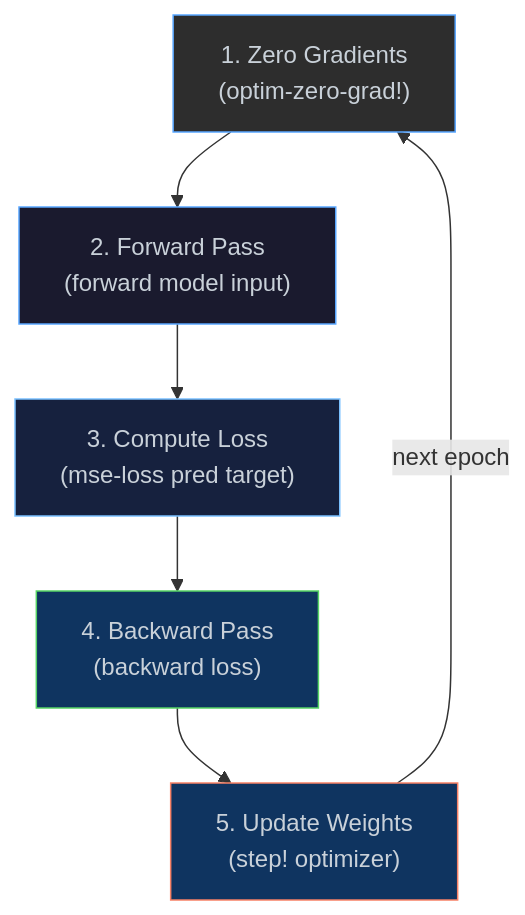
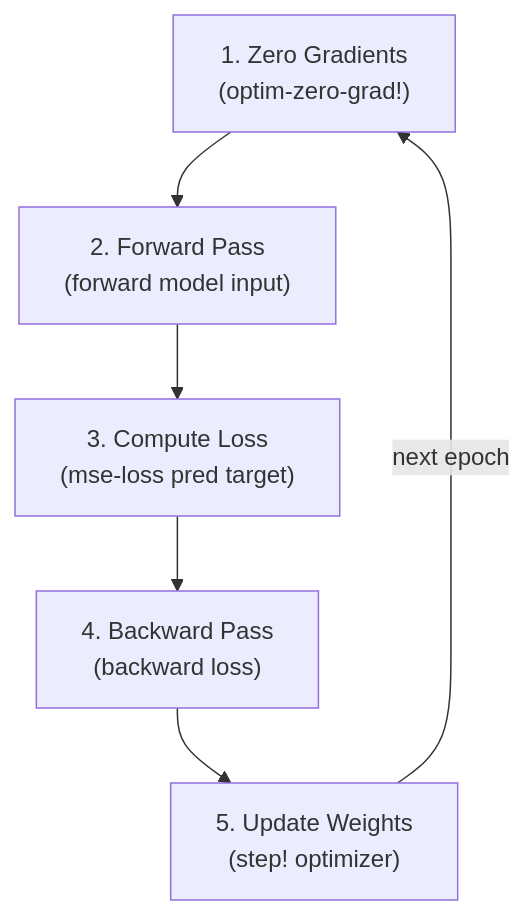
The second of 5 diagrams in docs/guide/reference/torch.md (lewismj/eta), drawn with Mermaid before and after one commit. The commit also changed other lines of this file and 52 other files, not shown here.

````diff
--- a/docs/guide/reference/torch.md
+++ b/docs/guide/reference/torch.md
@@ -65,17 +59,11 @@
 ```mermaid
 flowchart TD
     ZG["1. Zero Gradients\n(optim-zero-grad!)"]
     FW["2. Forward Pass\n(forward model input)"]
     LS["3. Compute Loss\n(mse-loss pred target)"]
     BW["4. Backward Pass\n(backward loss)"]
     UP["5. Update Weights\n(step! optimizer)"]
 
     ZG --> FW --> LS --> BW --> UP
     UP -->|"next epoch"| ZG
-
-    style ZG fill:#2d2d2d,stroke:#58a6ff,color:#c9d1d9
-    style FW fill:#1a1a2e,stroke:#58a6ff,color:#c9d1d9
-    style LS fill:#16213e,stroke:#79c0ff,color:#c9d1d9
-    style BW fill:#0f3460,stroke:#56d364,color:#c9d1d9
-    style UP fill:#0f3460,stroke:#f78166,color:#c9d1d9
 ```
````
